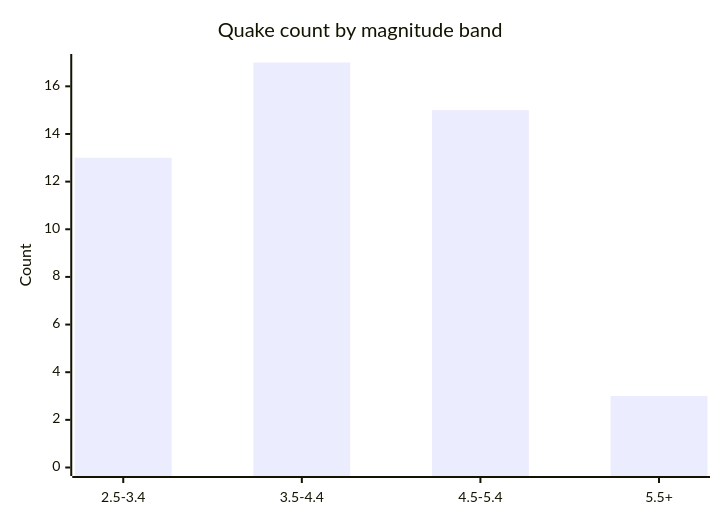
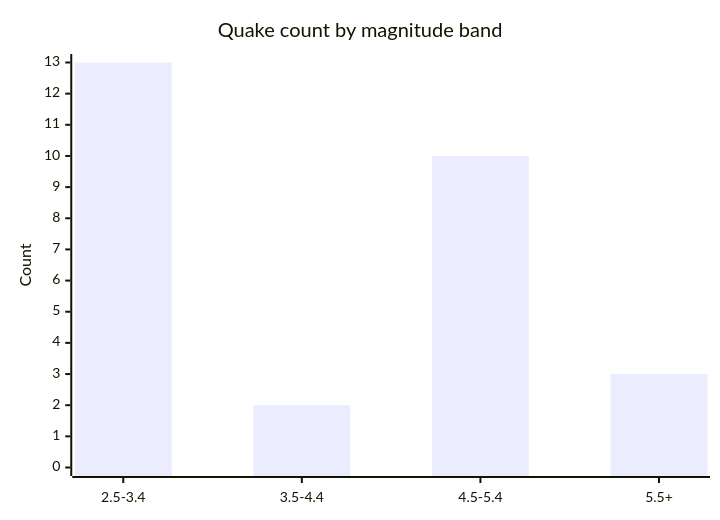
One commit to Midwest-Stratospheric/aerostratospheric-defense-gir changed the fifth of 6 diagrams in docs/GRAPHS.md. Above: the diagram before and after it, drawn with Mermaid. The commit also changed other lines of this file and 23 other files, not shown here.

````diff
--- a/docs/GRAPHS.md
+++ b/docs/GRAPHS.md
@@ -82,7 +82,7 @@
 ```mermaid
 xychart-beta
   title "Quake count by magnitude band"
   x-axis ["2.5-3.4", "3.5-4.4", "4.5-5.4", "5.5+"]
-  y-axis "Count" 0 --> 17
-  bar [13, 17, 15, 3]
+  y-axis "Count" 0 --> 13
+  bar [13, 2, 10, 3]
 ```
````
